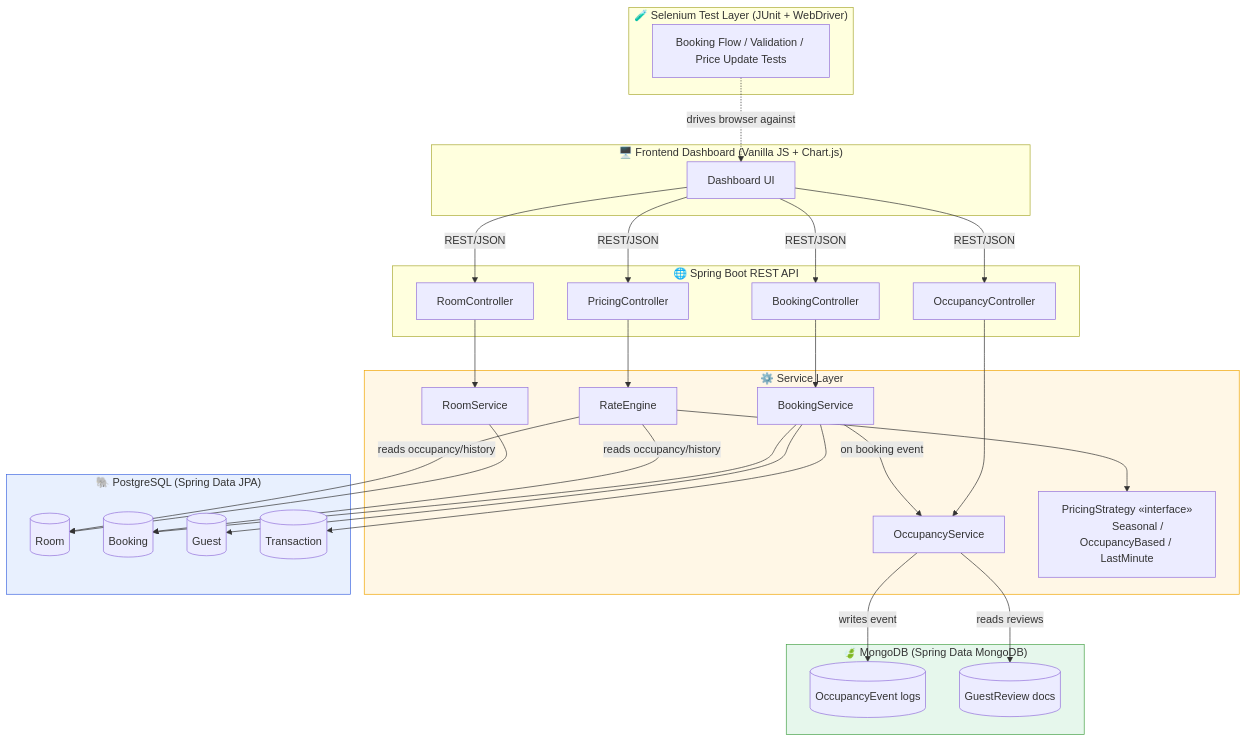
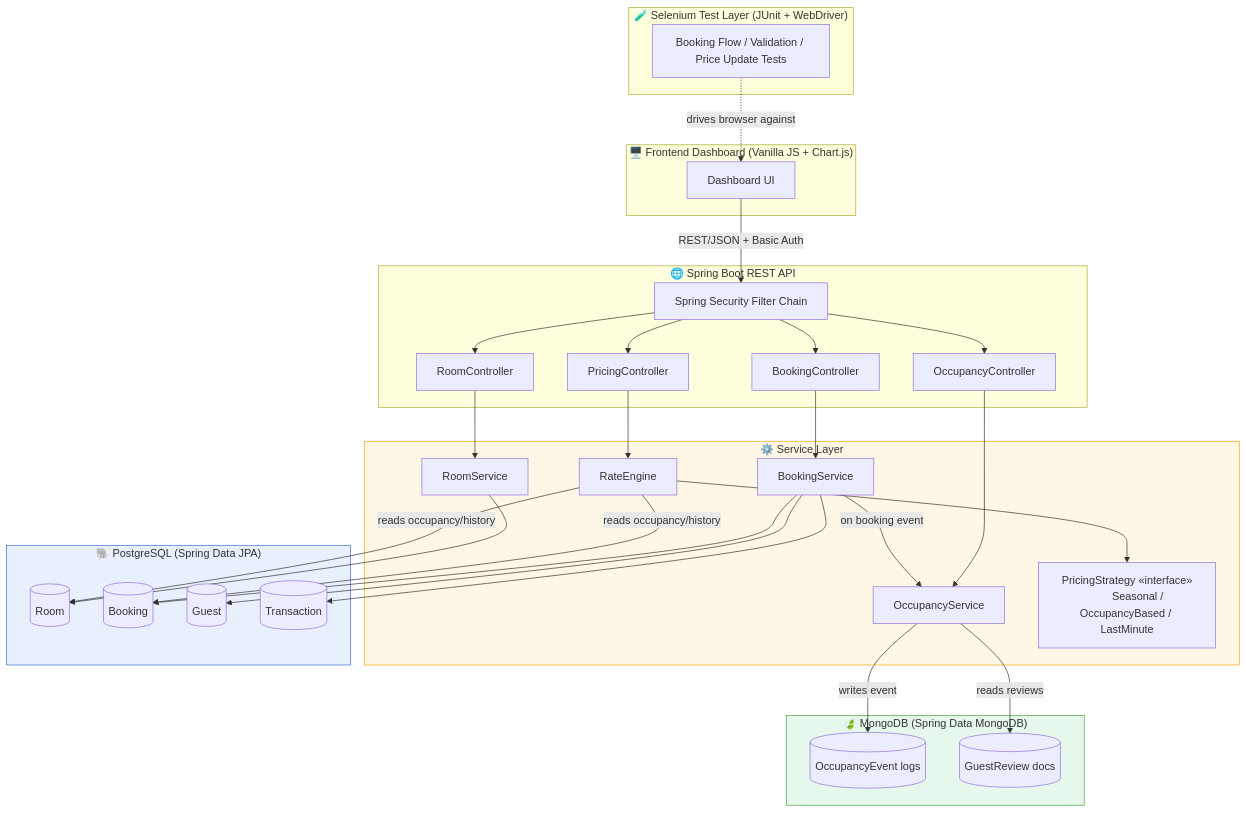
Before and after one commit to divyat2605/dynamicstay-revenue-engine: the first of 5 diagrams in README.md, drawn with Mermaid. The commit also changed other lines of this file and 28 other files, not shown here.

````diff
--- a/README.md
+++ b/README.md
@@ -56,66 +62,68 @@
 ```mermaid
 flowchart TB
     subgraph Client["🖥️ Frontend Dashboard (Vanilla JS + Chart.js)"]
         UI[Dashboard UI]
     end
 
     subgraph API["🌐 Spring Boot REST API"]
+        SEC[Spring Security Filter Chain]
         RC[RoomController]
         BC[BookingController]
         PC[PricingController]
         OC[OccupancyController]
     end
 
     subgraph SVC["⚙️ Service Layer"]
         RS[RoomService]
         BS[BookingService]
         RE[RateEngine]
         OS[OccupancyService]
         PS["PricingStrategy «interface»
         Seasonal / OccupancyBased / LastMinute"]
     end
 
     subgraph SQL["🐘 PostgreSQL (Spring Data JPA)"]
         ROOM[(Room)]
         BOOK[(Booking)]
         GUEST[(Guest)]
         TXN[(Transaction)]
     end
 
     subgraph NOSQL["🍃 MongoDB (Spring Data MongoDB)"]
         EVT[(OccupancyEvent logs)]
         REV[(GuestReview docs)]
     end
 
     subgraph TEST["🧪 Selenium Test Layer (JUnit + WebDriver)"]
         ST[Booking Flow / Validation / Price Update Tests]
     end
 
-    UI -- REST/JSON --> RC
-    UI -- REST/JSON --> BC
-    UI -- REST/JSON --> PC
-    UI -- REST/JSON --> OC
+    UI -- REST/JSON + Basic Auth --> SEC
+    SEC --> RC
+    SEC --> BC
+    SEC --> PC
+    SEC --> OC
 
     RC --> RS
     BC --> BS
     PC --> RE
     OC --> OS
 
     RS --> ROOM
     BS --> BOOK
     BS --> GUEST
     BS --> TXN
     BS -- on booking event --> OS
     RE --> PS
     RE -- reads occupancy/history --> ROOM
     RE -- reads occupancy/history --> BOOK
 
     OS -- writes event --> EVT
     OS -- reads reviews --> REV
 
     ST -. drives browser against .-> UI
 
     style SQL fill:#e8f0fe,stroke:#4169E1
     style NOSQL fill:#e6f7ec,stroke:#47A248
     style SVC fill:#fff7e6,stroke:#f0a500
 ```
````
